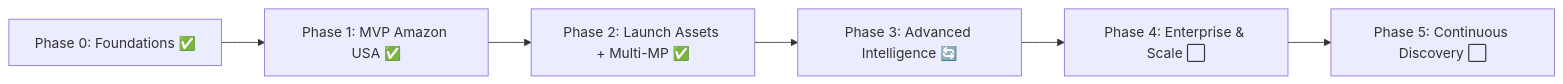
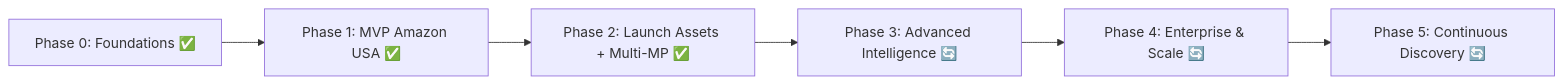
Before and after one commit to MoshayM/SellBodr: the diagram in Docs/roadmap.md, drawn with Mermaid. The commit also changed other lines of this file and 4 other files, not shown here.

````diff
--- a/Docs/roadmap.md
+++ b/Docs/roadmap.md
@@ -113,8 +116,8 @@
 ```mermaid
 graph LR
   P0[Phase 0: Foundations ✅] --> P1[Phase 1: MVP Amazon USA ✅]
   P1 --> P2[Phase 2: Launch Assets + Multi-MP ✅]
   P2 --> P3[Phase 3: Advanced Intelligence 🔄]
-  P3 --> P4[Phase 4: Enterprise & Scale ⬜]
-  P4 --> P5[Phase 5: Continuous Discovery ⬜]
+  P3 --> P4[Phase 4: Enterprise & Scale 🔄]
+  P4 --> P5[Phase 5: Continuous Discovery 🔄]
 ```
````
